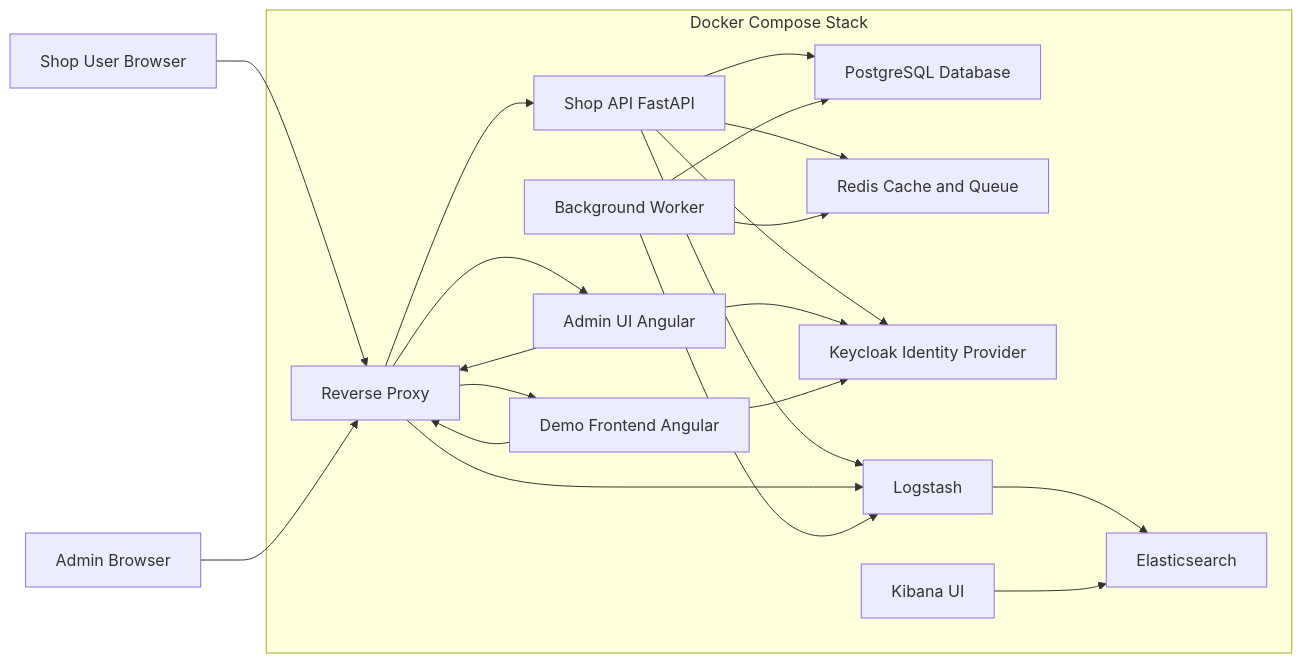
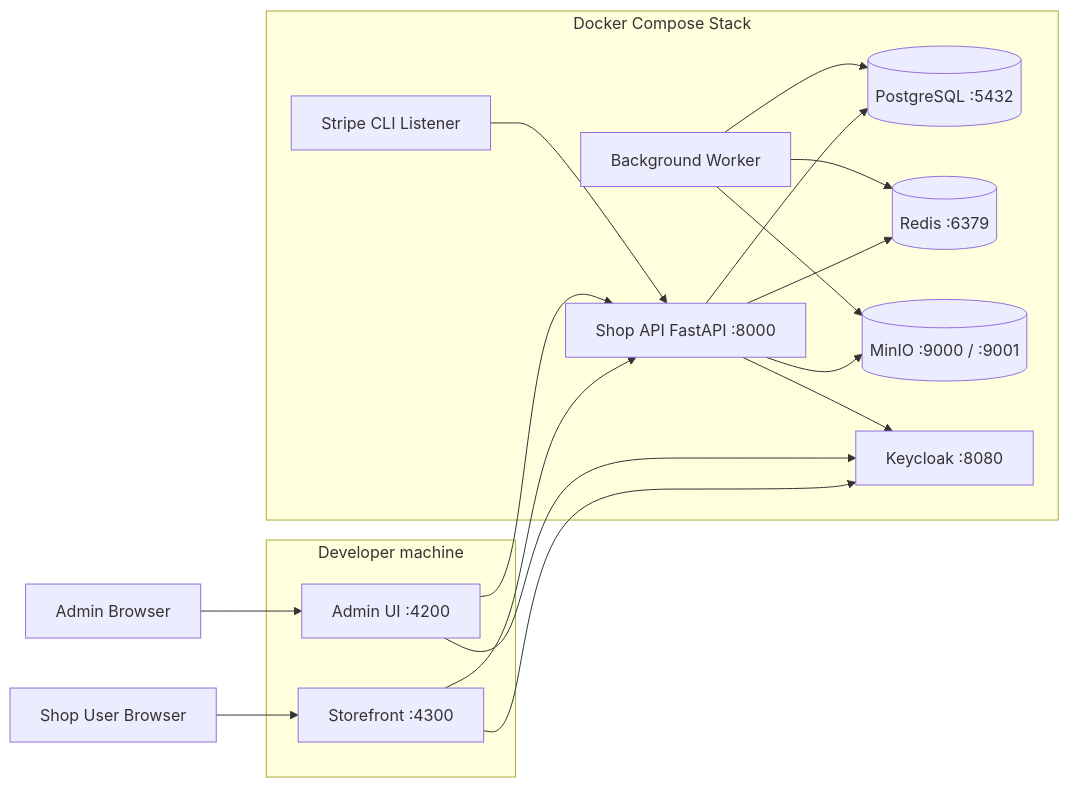
One commit to OpenTaberna/wiki changed the second of 2 diagrams in home.md. Above: the diagram before and after it, drawn with Mermaid. The commit also changed other lines of this file and 12 other files, not shown here.

````diff
--- a/home.md
+++ b/home.md
@@ -72,54 +142,42 @@
 ```mermaid
 graph LR
 
 User[Shop User Browser]
 AdminUser[Admin Browser]
 
-subgraph DockerHost[Docker Compose Stack]
-  Nginx[Reverse Proxy]
-
-  AdminUI[Admin UI Angular]
-  DemoUI[Demo Frontend Angular]
-
-  API[Shop API FastAPI]
-  Worker[Background Worker]
-
-  DB[PostgreSQL Database]
-  Redis[Redis Cache and Queue]
-
-  Keycloak[Keycloak Identity Provider]
-
-  Elastic[Elasticsearch]
-  Logstash[Logstash]
-  Kibana[Kibana UI]
+subgraph Host[Developer machine]
+  DemoUI[Storefront :4300]
+  AdminUI[Admin UI :4200]
 end
 
-User --> Nginx
-AdminUser --> Nginx
+subgraph DockerHost[Docker Compose Stack]
+  API[Shop API FastAPI :8000]
+  Worker[Background Worker]
+  StripeCLI[Stripe CLI Listener]
 
-Nginx --> DemoUI
-Nginx --> AdminUI
+  DB[(PostgreSQL :5432)]
+  Redis[(Redis :6379)]
+  Minio[(MinIO :9000 / :9001)]
+  Keycloak[Keycloak :8080]
+end
 
-DemoUI --> Nginx
-AdminUI --> Nginx
+User --> DemoUI
+AdminUser --> AdminUI
 
-Nginx --> API
+DemoUI --> API
+AdminUI --> API
+
+DemoUI --> Keycloak
+AdminUI --> Keycloak
 
 API --> DB
 API --> Redis
+API --> Minio
+API --> Keycloak
+
 Worker --> DB
 Worker --> Redis
+Worker --> Minio
 
-API --> Keycloak
-AdminUI --> Keycloak
-DemoUI --> Keycloak
-
-API --> Logstash
-Nginx --> Logstash
-Worker --> Logstash
-
-Logstash --> Elastic
-Kibana --> Elastic
-
-
+StripeCLI --> API
 ```
````
